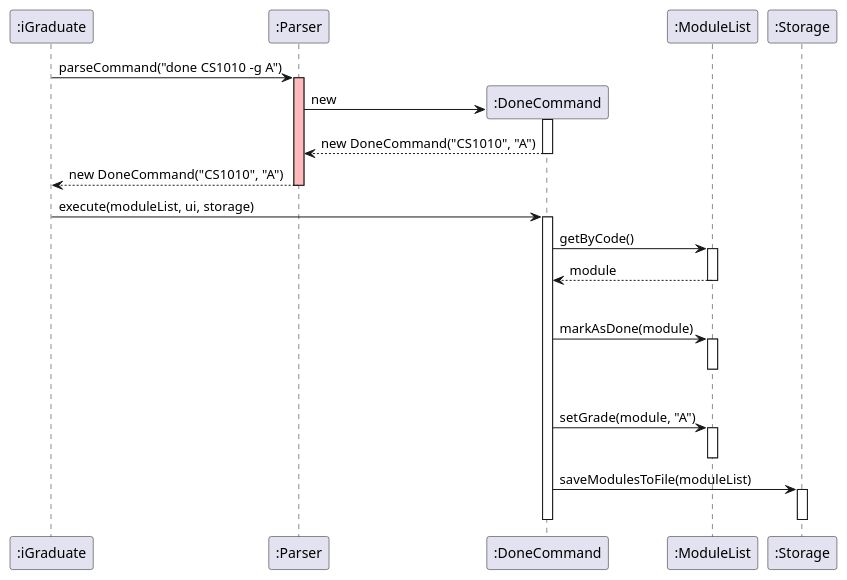
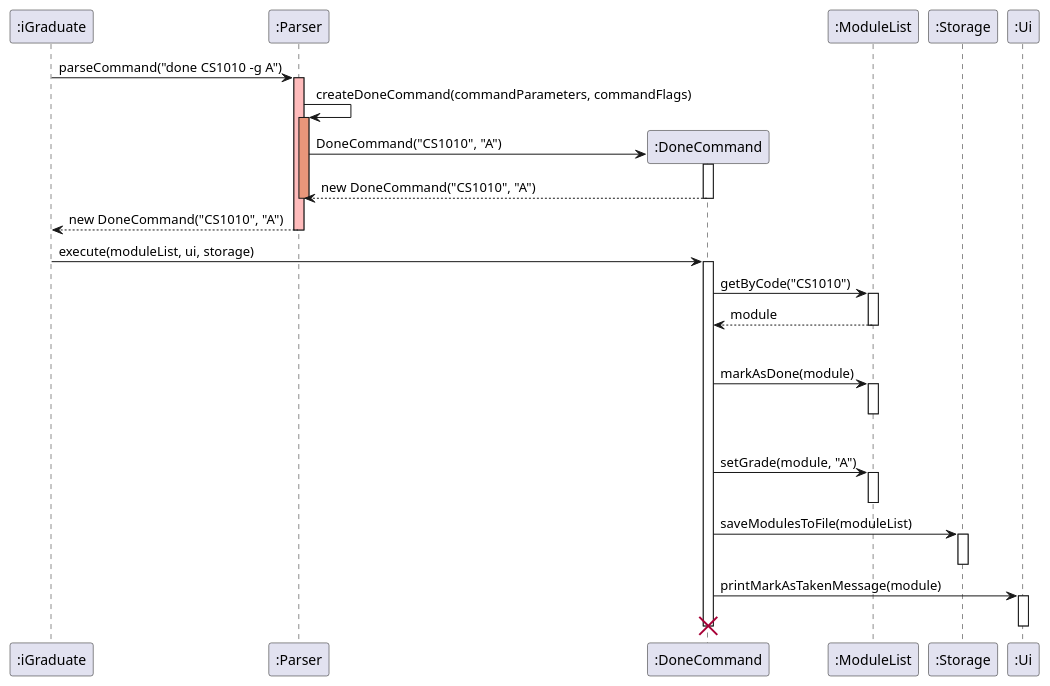
Before and after one commit to oscarlai1998/tp: the diagram in docs/diagrams/DoneCommandSequenceDiagram.puml, drawn with PlantUML. The commit also changed 10 other files, not shown here.

Commit message:
Add sequence diagram for UpdateCommand, fix bugs in other sequence diagrams

```diff
--- a/docs/diagrams/DoneCommandSequenceDiagram.puml
+++ b/docs/diagrams/DoneCommandSequenceDiagram.puml
@@ -1,43 +1,53 @@
 @startuml
 participant ":iGraduate" as iGraduate
 participant ":Parser" as Parser
 participant ":DoneCommand" as DoneCommand
 participant ":ModuleList" as ModuleList
 participant ":Storage" as Storage
+participant ":Ui" as Ui
 
 iGraduate -> Parser: parseCommand("done CS1010 -g A")
 activate Parser #FFBBBB
 
+Parser -> Parser: createDoneCommand(commandParameters, commandFlags)
+activate Parser #DarkSalmon
+
 create DoneCommand
-Parser -> DoneCommand: new
+Parser -> DoneCommand: DoneCommand("CS1010", "A")
 activate DoneCommand
 DoneCommand --> Parser: new DoneCommand("CS1010", "A")
 deactivate DoneCommand
+deactivate Parser
 
 Parser --> iGraduate: new DoneCommand("CS1010", "A")
 deactivate Parser
 
 iGraduate -> DoneCommand: execute(moduleList, ui, storage)
 activate DoneCommand
 
-DoneCommand -> ModuleList: getByCode()
+DoneCommand -> ModuleList: getByCode("CS1010")
 activate ModuleList
 ModuleList --> DoneCommand: module
 deactivate ModuleList
 
 ModuleList -[hidden]-> ModuleList
 DoneCommand -> ModuleList: markAsDone(module)
 activate ModuleList
 deactivate ModuleList
 
 ModuleList -[hidden]-> ModuleList
 DoneCommand -> ModuleList: setGrade(module, "A")
 activate ModuleList
 deactivate ModuleList
 
 DoneCommand -> Storage: saveModulesToFile(moduleList)
 activate Storage
 deactivate Storage
 
+DoneCommand -> Ui: printMarkAsTakenMessage(module)
+activate Ui
+deactivate Ui
+
 deactivate DoneCommand
+destroy DoneCommand
 @enduml
```
